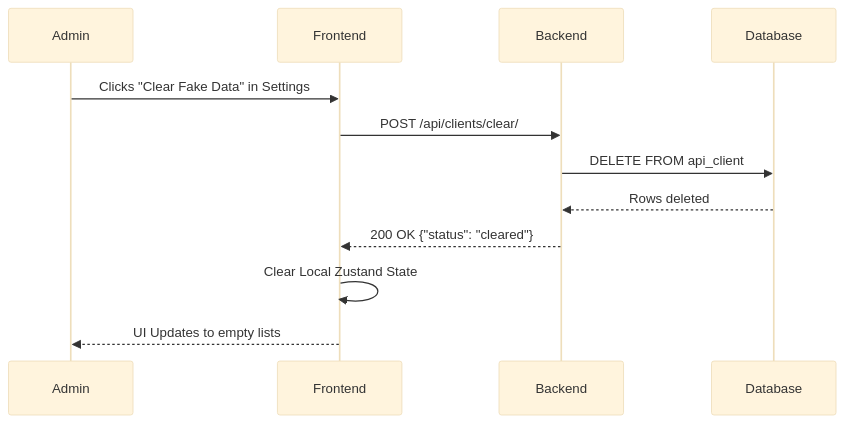
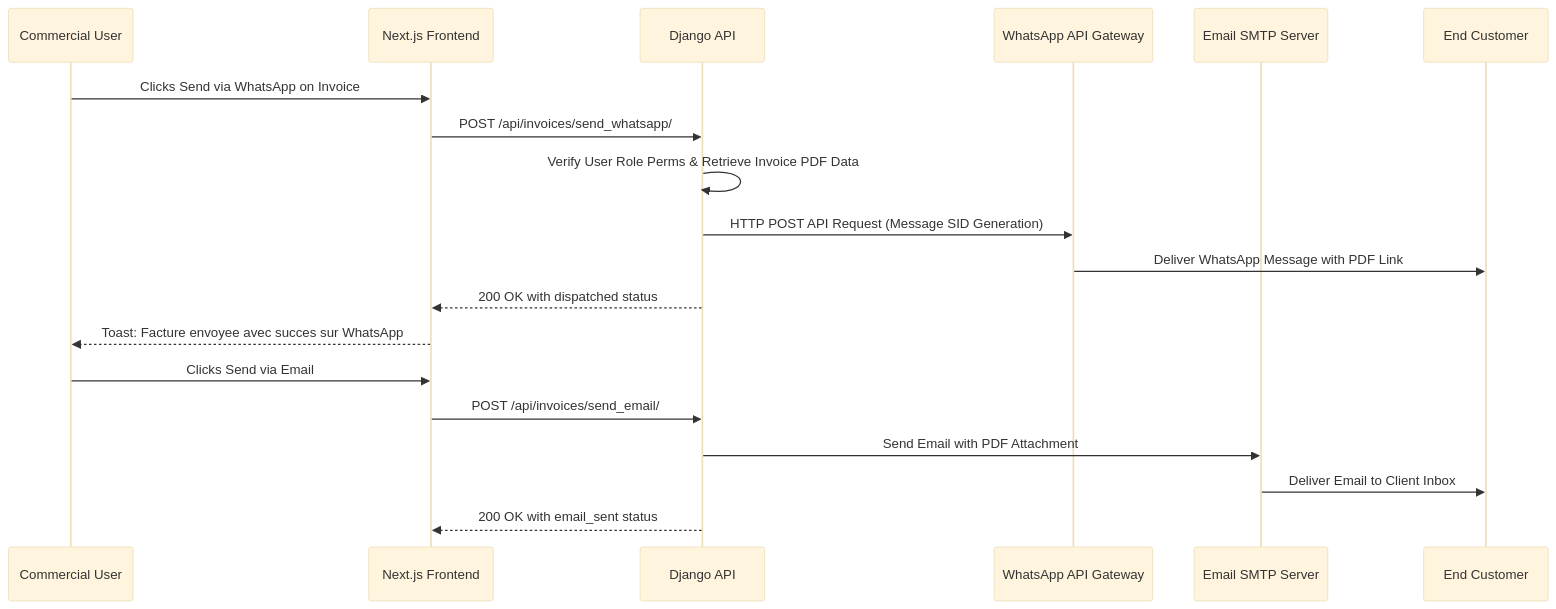
The ninth of 10 diagrams in SAD_and_SDD.md (ArimasHolding/TadbirAI), drawn with Mermaid (base theme) before and after one commit. The commit also changed other lines of this file and 7 other files, not shown here.

````diff
--- a/SAD_and_SDD.md
+++ b/SAD_and_SDD.md
@@ -1028,15 +496,23 @@
 ```mermaid
 sequenceDiagram
-    participant Admin
-    participant NextJS as Frontend
-    participant Django as Backend
-    participant SQLite as Database
-    
-    Admin->>NextJS: Clicks "Clear Fake Data" in Settings
-    NextJS->>Django: POST /api/clients/clear/
-    Django->>SQLite: DELETE FROM api_client;
-    SQLite-->>Django: Rows deleted
-    Django-->>NextJS: 200 OK {"status": "cleared"}
-    NextJS->>NextJS: Clear Local Zustand State
-    NextJS-->>Admin: UI Updates to empty lists
+    participant SalesUser as Commercial User
+    participant Frontend as Next.js Frontend
+    participant Backend as Django API
+    participant Twilio as WhatsApp API Gateway
+    participant SMTP as Email SMTP Server
+    participant EndClient as End Customer
+
+    SalesUser->>Frontend: Clicks Send via WhatsApp on Invoice
+    Frontend->>Backend: POST /api/invoices/send_whatsapp/
+    Backend->>Backend: Verify User Role Perms & Retrieve Invoice PDF Data
+    Backend->>Twilio: HTTP POST API Request (Message SID Generation)
+    Twilio->>EndClient: Deliver WhatsApp Message with PDF Link
+    Backend-->>Frontend: 200 OK with dispatched status
+    Frontend-->>SalesUser: Toast: Facture envoyee avec succes sur WhatsApp
+
+    SalesUser->>Frontend: Clicks Send via Email
+    Frontend->>Backend: POST /api/invoices/send_email/
+    Backend->>SMTP: Send Email with PDF Attachment
+    SMTP->>EndClient: Deliver Email to Client Inbox
+    Backend-->>Frontend: 200 OK with email_sent status
 ```
````
